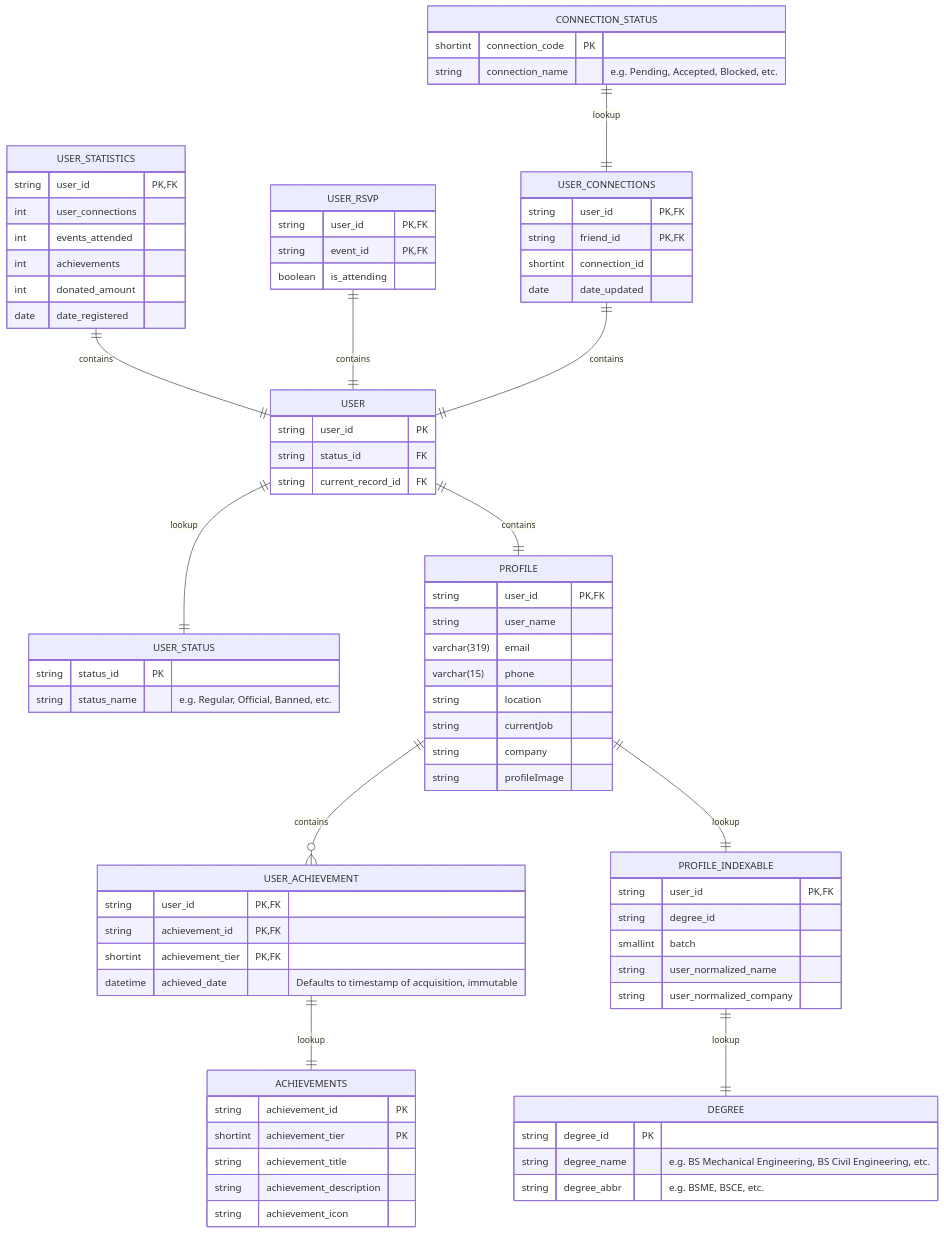
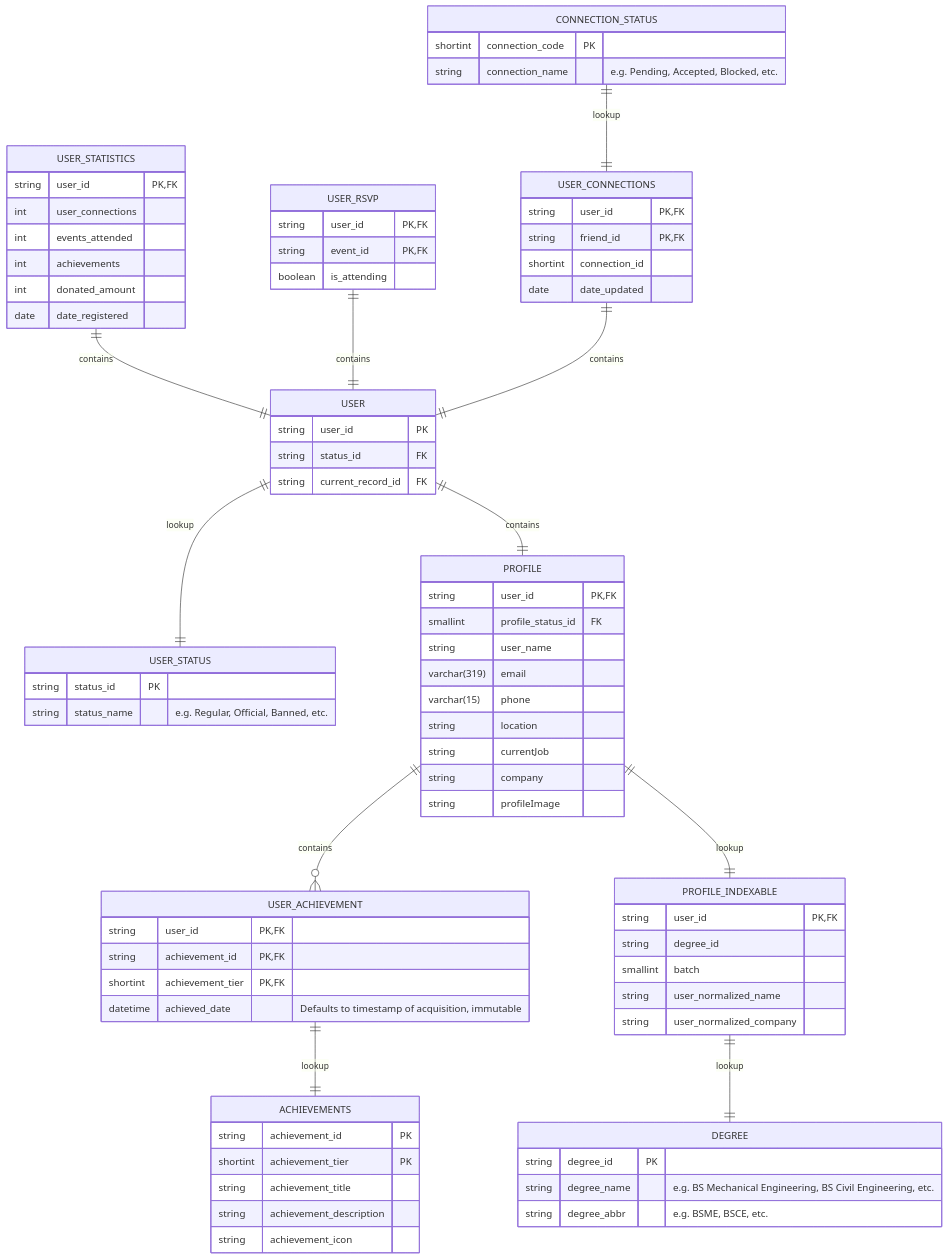
The diagram in diagrams/personalData.mmd (joepatricio/sd3-alumni), drawn with Mermaid before and after one commit. The commit also changed 20 other files, not shown here.

```diff
--- a/diagrams/personalData.mmd
+++ b/diagrams/personalData.mmd
@@ -1,87 +1,88 @@
 %% Diagram focuses on the profile-related data
 %% Implement in userMockData.tsx
 erDiagram
     USER ||--|| USER_STATUS : lookup
     USER ||--|| PROFILE: contains
     USER_STATISTICS ||--|| USER: contains
     PROFILE ||--o{ USER_ACHIEVEMENT: contains
     USER_RSVP ||--|| USER: contains
     USER_CONNECTIONS ||--|| USER: contains
     CONNECTION_STATUS ||--|| USER_CONNECTIONS: lookup
     PROFILE_INDEXABLE ||--|| DEGREE: lookup
     PROFILE ||--|| PROFILE_INDEXABLE: lookup
     USER_ACHIEVEMENT ||--|| ACHIEVEMENTS: lookup
     %% Other systems described in other diagrams
     %% USER 1--1+ RECORDS: maintains
     %% USER 1--0+ CONTENT: creates
 
     %% 1XX - Degree-related
     DEGREE {
         string degree_id PK
         string degree_name "e.g. BS Mechanical Engineering, BS Civil Engineering, etc."
         string degree_abbr "e.g. BSME, BSCE, etc."
     }
     %% 2XX - USER_CONNECTIONS status
     CONNECTION_STATUS {
         shortint connection_code PK
         string connection_name "e.g. Pending, Accepted, Blocked, etc."
     }
     %% 4XX - User-related
     USER_STATUS {
         string status_id PK
         string status_name "e.g. Regular, Official, Banned, etc."
     }
     USER {
         string user_id PK
         string status_id FK
         string current_record_id FK
     }
     USER_ACHIEVEMENT {
         string user_id PK,FK
         string achievement_id PK,FK
         shortint achievement_tier PK,FK
         datetime achieved_date "Defaults to timestamp of acquisition, immutable"
     }
     ACHIEVEMENTS {
         string achievement_id PK
         shortint achievement_tier PK
         string achievement_title
         string achievement_description
         string achievement_icon
     }
     USER_CONNECTIONS {
         string user_id PK,FK
         string friend_id PK,FK
         shortint connection_id
         date date_updated
     }
     USER_RSVP {
         string user_id PK,FK
         string event_id PK,FK
         boolean is_attending
     }
     USER_STATISTICS {
         string user_id PK,FK
         int user_connections
         int events_attended
         int achievements
         int donated_amount
         date date_registered
     }
     PROFILE {
         string user_id PK,FK
+        smallint profile_status_id FK
         string user_name
         varchar(319) email
         varchar(15) phone
         string location
         string currentJob
         string company
         string profileImage
     }
     PROFILE_INDEXABLE {
         string user_id PK,FK
         string degree_id
         smallint batch
         string user_normalized_name
         string user_normalized_company
     }
```
